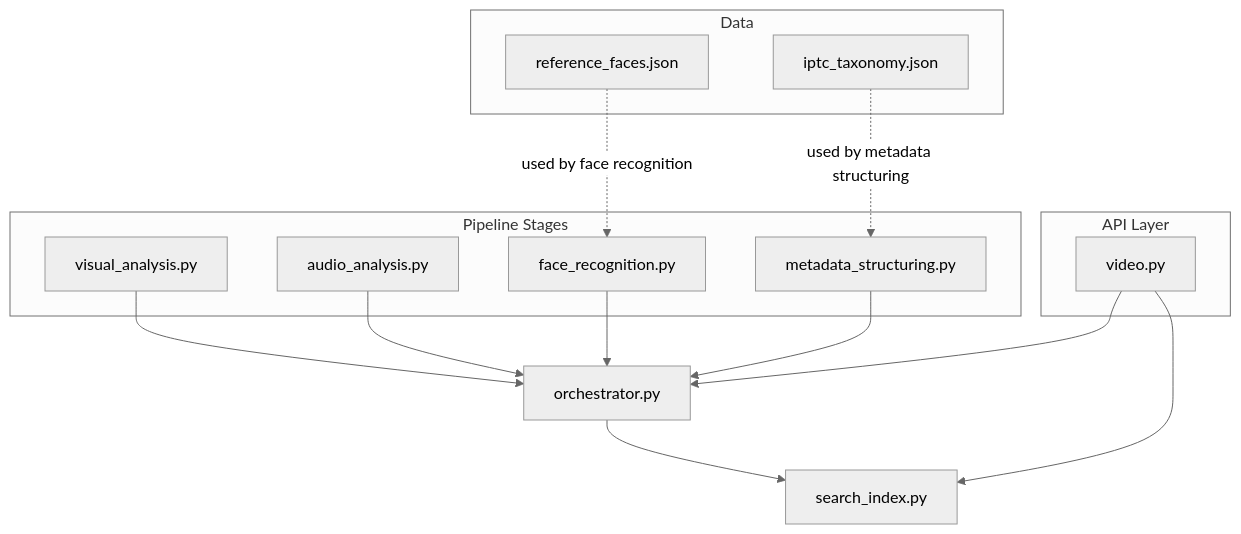
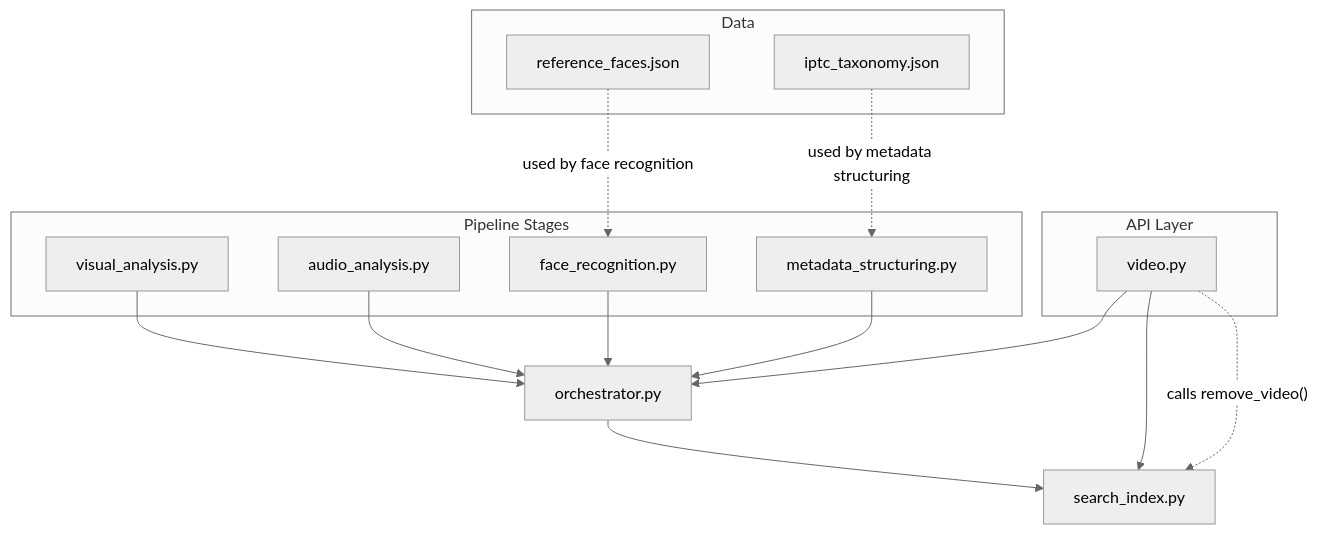
The first of 10 diagrams in .qoder/repowiki/en/content/Media Processing Pipeline/Search Index Stage.md (alexandreybasta-cyber/dubai-media-ai), drawn with Mermaid (neutral theme) before and after one commit. The commit also changed other lines of this file and 43 other files, not shown here.

````diff
--- a/.qoder/repowiki/en/content/Media Processing Pipeline/Search Index Stage.md
+++ b/.qoder/repowiki/en/content/Media Processing Pipeline/Search Index Stage.md
@@ -52,27 +52,28 @@
 ```mermaid
 graph TB
 subgraph "Pipeline Stages"
 VA["visual_analysis.py"]
 ASR["audio_analysis.py"]
 FR["face_recognition.py"]
 MS["metadata_structuring.py"]
 end
 ORCH["orchestrator.py"]
 SI["search_index.py"]
 subgraph "API Layer"
 ROUTER["video.py"]
 end
 subgraph "Data"
 IPTC["iptc_taxonomy.json"]
 REF["reference_faces.json"]
 end
 VA --> ORCH
 ASR --> ORCH
 FR --> ORCH
 MS --> ORCH
 ORCH --> SI
 IPTC -. "used by metadata structuring" .-> MS
 REF -. "used by face recognition" .-> FR
 ROUTER --> ORCH
 ROUTER --> SI
+ROUTER -. "calls remove_video()" .-> SI
 ```
````
